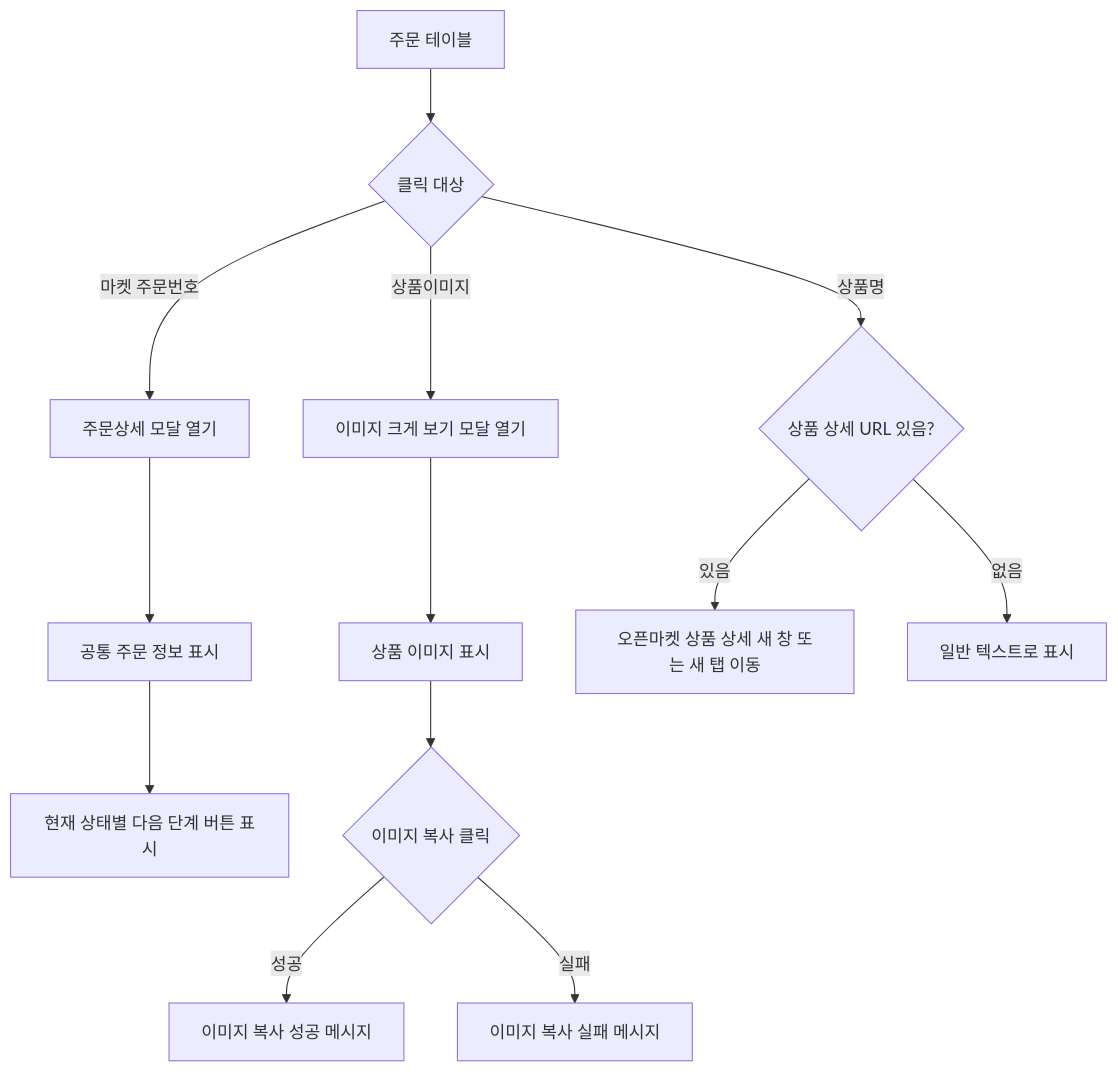
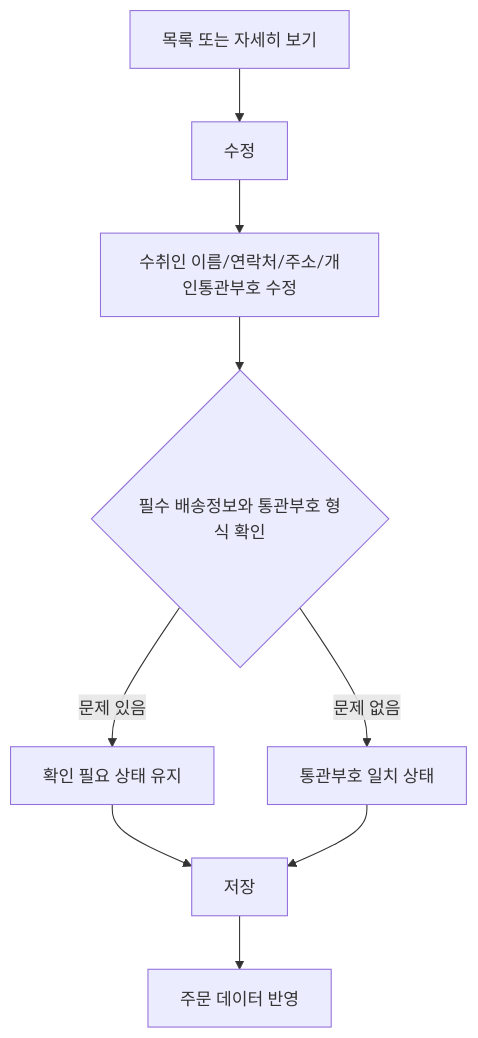
One commit to moonceo/Jmpp changed the sixth of 7 diagrams in docs/08_유저플로우/03_주문운영_보조흐름_유저플로우.md. Above: the diagram before and after it, drawn with Mermaid. The commit also changed other lines of this file and 71 other files, not shown here.

````diff
--- a/docs/08_유저플로우/03_주문운영_보조흐름_유저플로우.md
+++ b/docs/08_유저플로우/03_주문운영_보조흐름_유저플로우.md
@@ -117,18 +81,11 @@
 ```mermaid
 flowchart TD
-    A["주문 테이블"] --> B{"클릭 대상"}
-
-    B -->|"마켓 주문번호"| C["주문상세 모달 열기"]
-    C --> D["공통 주문 정보 표시"]
-    D --> E["현재 상태별 다음 단계 버튼 표시"]
-
-    B -->|"상품이미지"| F["이미지 크게 보기 모달 열기"]
-    F --> G["상품 이미지 표시"]
-    G --> H{"이미지 복사 클릭"}
-    H -->|"성공"| I["이미지 복사 성공 메시지"]
-    H -->|"실패"| J["이미지 복사 실패 메시지"]
-
-    B -->|"상품명"| K{"상품 상세 URL 있음?"}
-    K -->|"있음"| L["오픈마켓 상품 상세 새 창 또는 새 탭 이동"]
-    K -->|"없음"| M["일반 텍스트로 표시"]
+    A["목록 또는 자세히 보기"] --> B["수정"]
+    B --> C["수취인 이름/연락처/주소/개인통관부호 수정"]
+    C --> D{"필수 배송정보와 통관부호 형식 확인"}
+    D -->|"문제 있음"| E["확인 필요 상태 유지"]
+    D -->|"문제 없음"| F["통관부호 일치 상태"]
+    E --> G["저장"]
+    F --> G
+    G --> H["주문 데이터 반영"]
 ```
````
